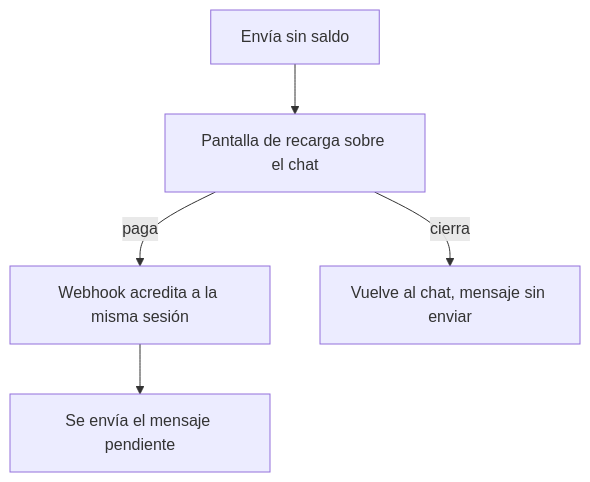
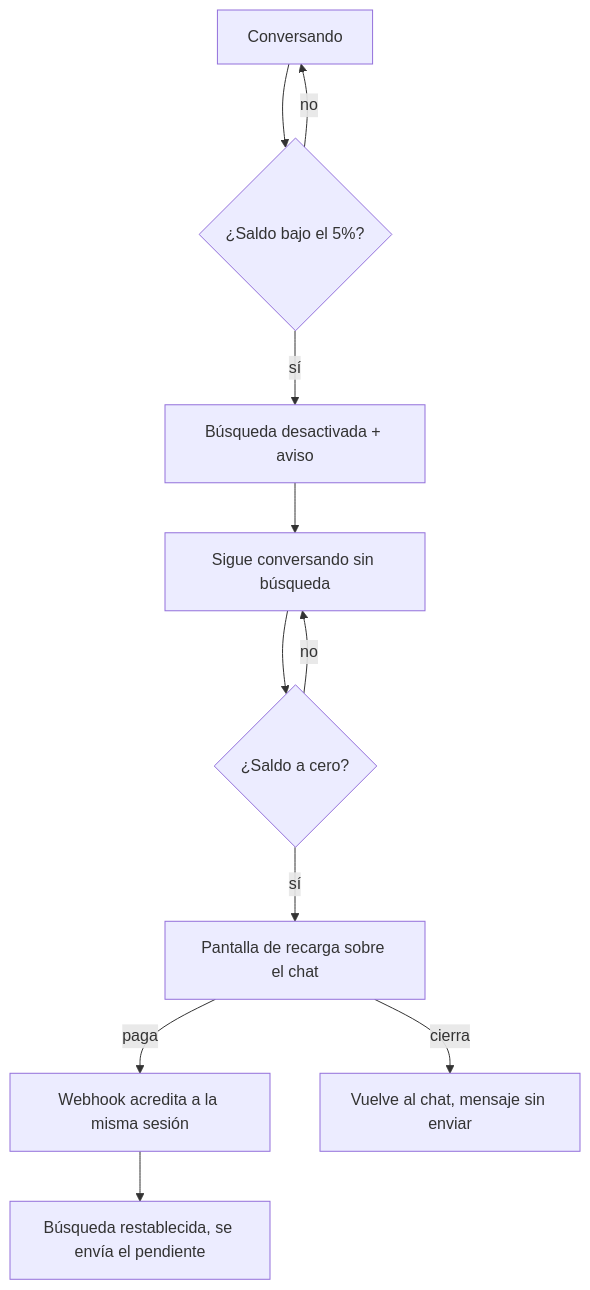
The third of 5 diagrams in docs/user-flows.md (polmarza/palmaditas), drawn with Mermaid before and after one commit. The commit also changed other lines of this file and 4 other files, not shown here.

````diff
--- a/docs/user-flows.md
+++ b/docs/user-flows.md
@@ -110,7 +119,13 @@
 ```mermaid
 flowchart TD
-  A[Envía sin saldo] --> B[Pantalla de recarga sobre el chat]
-  B -->|paga| C[Webhook acredita a la misma sesión]
-  B -->|cierra| D[Vuelve al chat, mensaje sin enviar]
-  C --> E[Se envía el mensaje pendiente]
+  A[Conversando] --> B{¿Saldo bajo el 5%?}
+  B -->|no| A
+  B -->|sí| C[Búsqueda desactivada + aviso]
+  C --> D[Sigue conversando sin búsqueda]
+  D --> E{¿Saldo a cero?}
+  E -->|no| D
+  E -->|sí| F[Pantalla de recarga sobre el chat]
+  F -->|paga| G[Webhook acredita a la misma sesión]
+  F -->|cierra| H[Vuelve al chat, mensaje sin enviar]
+  G --> I[Búsqueda restablecida, se envía el pendiente]
 ```
````
